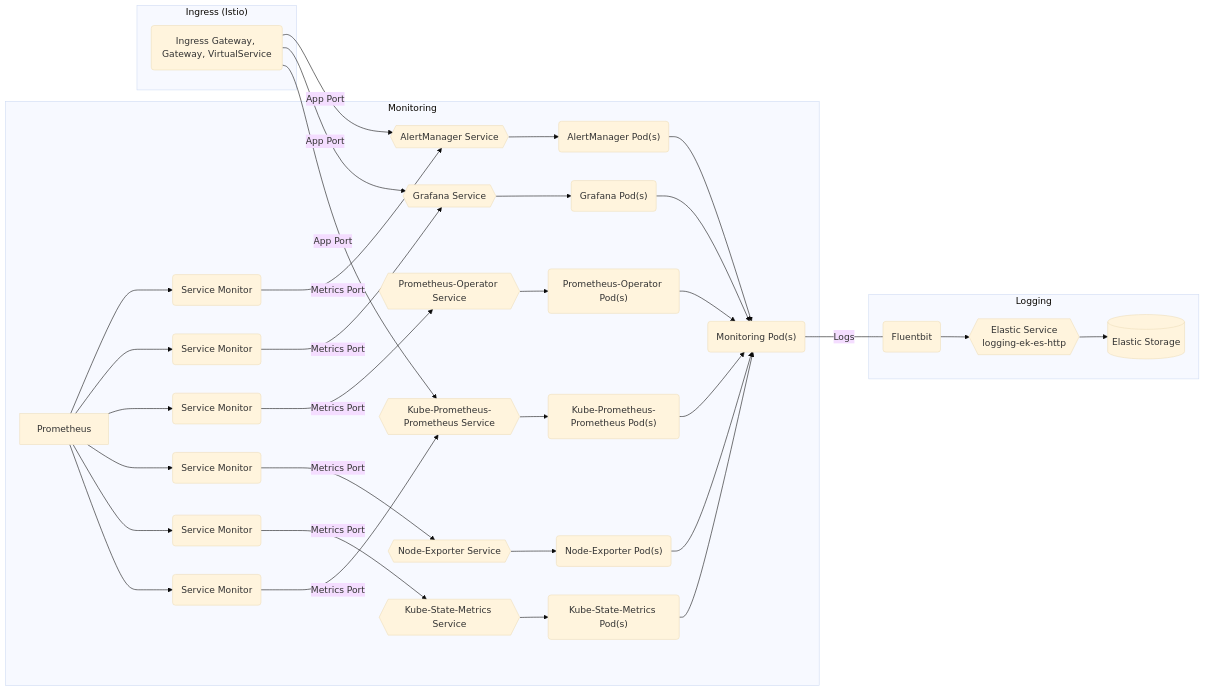
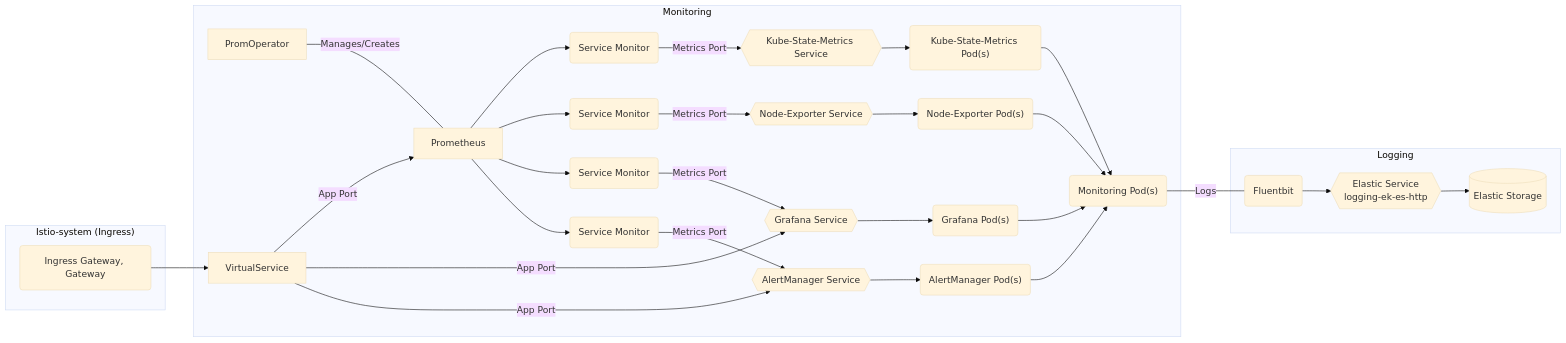
The diagram in charter/packages/monitoring/Architecture.md (rjferguson21/big-bang), drawn with Mermaid (base theme) before and after one commit.

Commit message:
modify diagram

````diff
--- a/charter/packages/monitoring/Architecture.md
+++ b/charter/packages/monitoring/Architecture.md
@@ -8,40 +8,33 @@
  ```mermaid
 graph LR
   subgraph "Monitoring"
     alertmanagerpods("AlertManager Pod(s)") --> monitoringpods("Monitoring Pod(s)")
     alertmanagerservice{{AlertManager Service}} --> alertmanagerpods("AlertManager Pod(s)")
     alertmanagersvcmonitor("Service Monitor") --"Metrics Port"--> alertmanagerservice
     Prometheus --> alertmanagersvcmonitor("Service Monitor")
     grafanapods("Grafana Pod(s)") --> monitoringpods("Monitoring Pod(s)")
     grafanaservice{{Grafana Service}} --> grafanapods("Grafana Pod(s)")
     grafanasvcmonitor("Service Monitor") --"Metrics Port"--> grafanaservice
     Prometheus --> grafanasvcmonitor("Service Monitor")
-    prometheusoperatorpods("Prometheus-Operator Pod(s)") --> monitoringpods("Monitoring Pod(s)")
-    prometheusoperatorservice{{Prometheus-Operator Service}} -->  prometheusoperatorpods("Prometheus-Operator Pod(s)")
-    prometheusoperatorsvcmonitor("Service Monitor") --"Metrics Port"--> prometheusoperatorservice
-    Prometheus --> prometheusoperatorsvcmonitor("Service Monitor")
     nodeexporterpods("Node-Exporter Pod(s)") --> monitoringpods("Monitoring Pod(s)")
     nodeexporterservice{{Node-Exporter Service}} -->  nodeexporterpods("Node-Exporter Pod(s)")
     nodeexportersvcmonitor("Service Monitor") --"Metrics Port"-->  nodeexporterservice
     Prometheus --> nodeexportersvcmonitor("Service Monitor")
     kubestatemetricspods("Kube-State-Metrics Pod(s)") --> monitoringpods("Monitoring Pod(s)")
     kubestatemetricsservice{{Kube-State-Metrics Service}} -->  kubestatemetricspods("Kube-State-Metrics Pod(s)")
     kubestatemetricssvcmonitor("Service Monitor") --"Metrics Port"-->  kubestatemetricsservice
     Prometheus --> kubestatemetricssvcmonitor("Service Monitor")
-    kubeprometheuspods("Kube-Prometheus-Prometheus Pod(s)") --> monitoringpods("Monitoring Pod(s)")
-    kubeprometheusservice{{Kube-Prometheus-Prometheus Service}} -->  kubeprometheuspods("Kube-Prometheus-Prometheus Pod(s)")
-    kubeprometheussvcmonitor("Service Monitor") --"Metrics Port"-->  kubeprometheusservice
-    Prometheus --> kubeprometheussvcmonitor("Service Monitor")
+    PromOperator ---|Manages/Creates| Prometheus
+    VirtualService --"App Port"--> alertmanagerservice
+    VirtualService --"App Port"--> grafanaservice
+    VirtualService --"App Port"--> Prometheus
   end
-
   subgraph "Logging"
     monitoringpods("Monitoring Pod(s)") ---|Logs|fluent(Fluentbit) --> logging-ek-es-http
     logging-ek-es-http{{Elastic Service<br />logging-ek-es-http}} --> elastic[(Elastic Storage)]
   end
-  subgraph "Ingress (Istio)"
-    ig(Ingress Gateway, Gateway, VirtualService) --"App Port"--> alertmanagerservice
-    ig(Ingress Gateway, Gateway, VirtualService) --"App Port"--> grafanaservice
-    ig(Ingress Gateway, Gateway, VirtualService) --"App Port"--> kubeprometheusservice
+  subgraph "Istio-system (Ingress)"
+    ig(Ingress Gateway, Gateway) --> VirtualService
   end 
   
 ```
````
